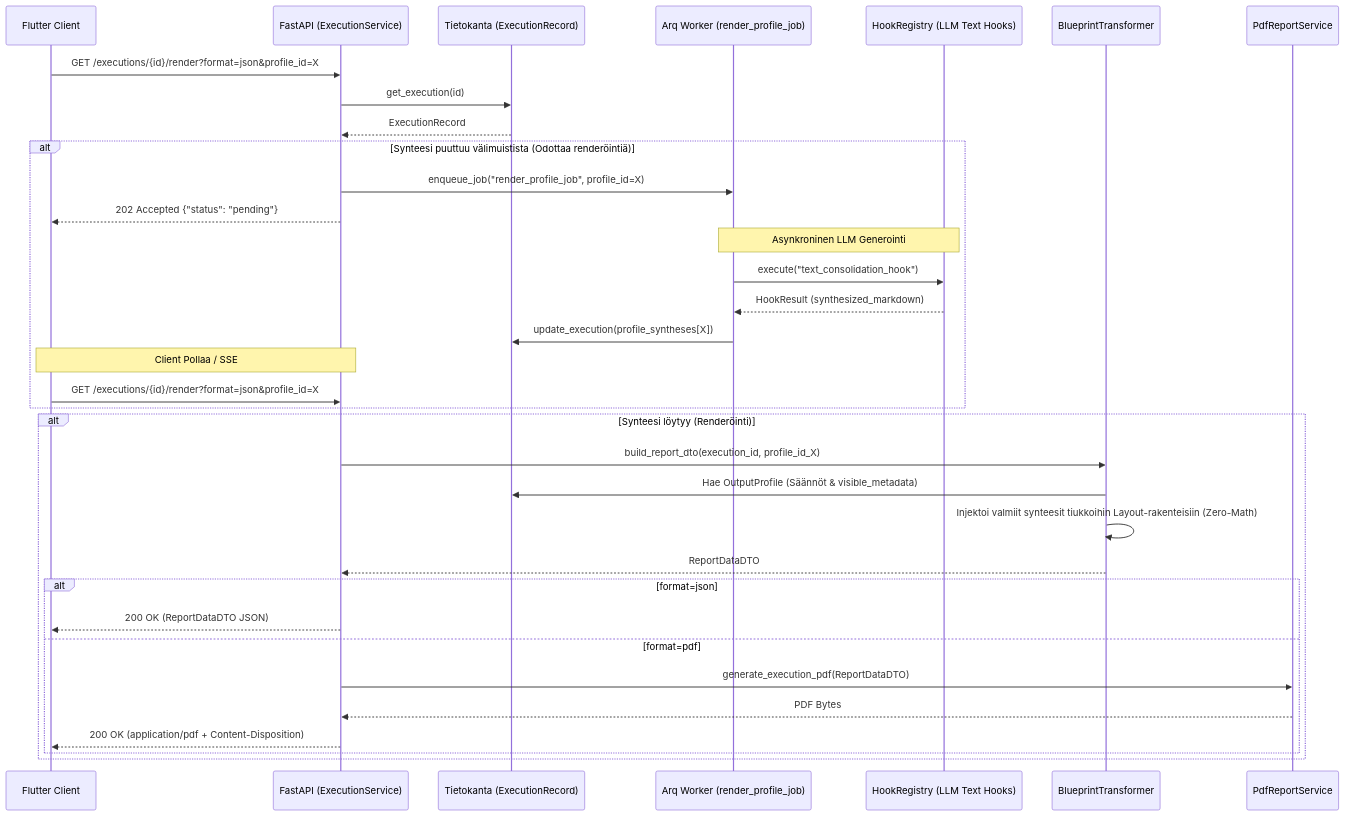
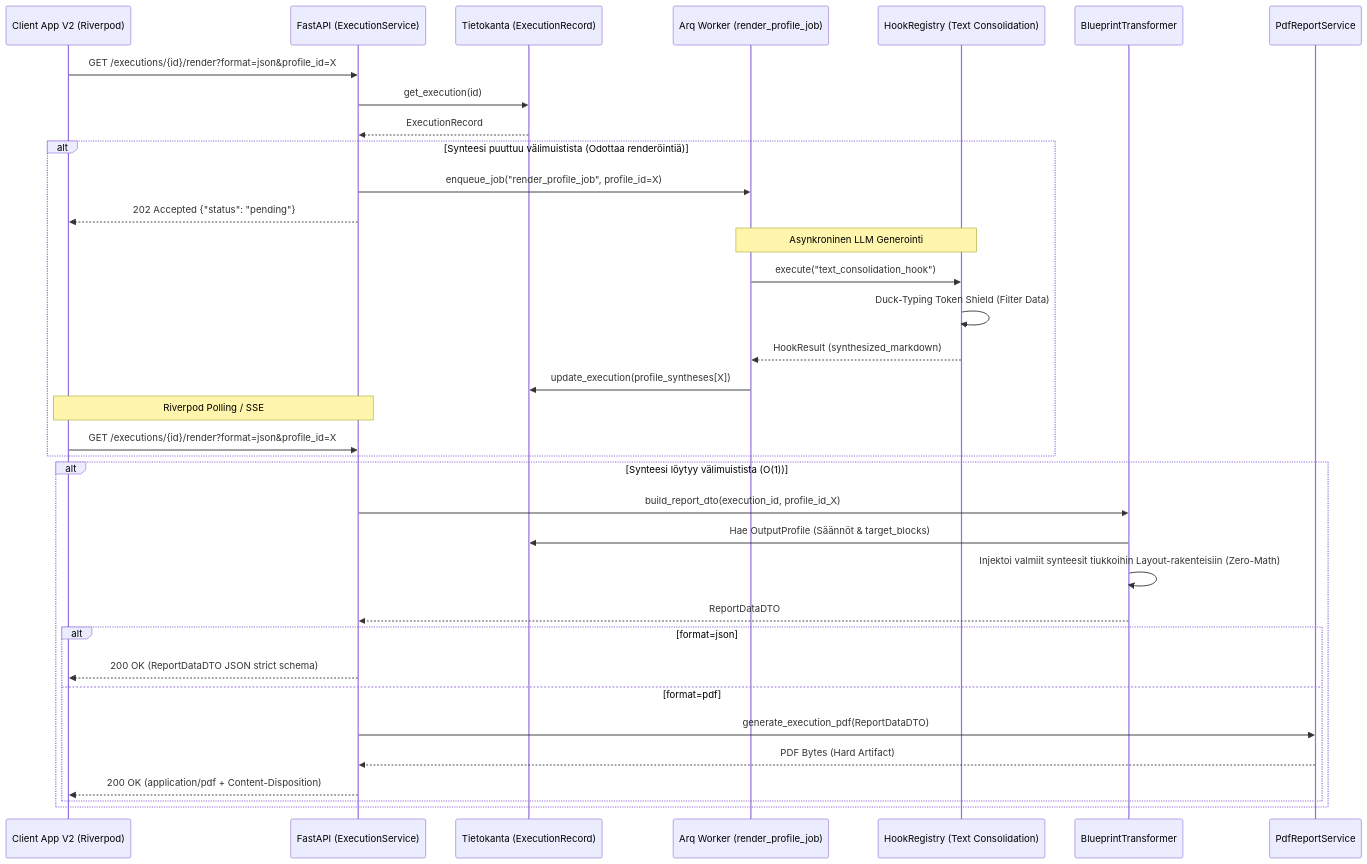
Before and after one commit to launis/quorum: the diagram in docs/architecture/08_dynamic_rendering_engine.md, drawn with Mermaid. The commit also changed other lines of this file and 9 other files, not shown here.

Commit message:
docs: add comprehensive architecture documentation covering dynamic rendering, persistence, and system design principles

````diff
--- a/docs/architecture/08_dynamic_rendering_engine.md
+++ b/docs/architecture/08_dynamic_rendering_engine.md
@@ -27,41 +27,42 @@
 ```mermaid
 sequenceDiagram
-    participant Client as Flutter Client
+    participant Client as Client App V2 (Riverpod)
     participant API as FastAPI (ExecutionService)
     participant Repo as Tietokanta (ExecutionRecord)
     participant Worker as Arq Worker (render_profile_job)
-    participant LLM as HookRegistry (LLM Text Hooks)
+    participant LLM as HookRegistry (Text Consolidation)
     participant BFF as BlueprintTransformer
     participant PDF as PdfReportService
 
     Client->>API: GET /executions/{id}/render?format=json&profile_id=X
     API->>Repo: get_execution(id)
     Repo-->>API: ExecutionRecord
     
     alt Synteesi puuttuu välimuistista (Odottaa renderöintiä)
         API->>Worker: enqueue_job("render_profile_job", profile_id=X)
         API-->>Client: 202 Accepted {"status": "pending"}
         note over Worker,LLM: Asynkroninen LLM Generointi
         Worker->>LLM: execute("text_consolidation_hook")
+        LLM->>LLM: Duck-Typing Token Shield (Filter Data)
         LLM-->>Worker: HookResult (synthesized_markdown)
         Worker->>Repo: update_execution(profile_syntheses[X])
         
-        note over Client,API: Client Pollaa / SSE
+        note over Client,API: Riverpod Polling / SSE
         Client->>API: GET /executions/{id}/render?format=json&profile_id=X
     end
 
-    alt Synteesi löytyy (Renderöinti)
+    alt Synteesi löytyy välimuistista (O(1))
         API->>BFF: build_report_dto(execution_id, profile_id_X)
-        BFF->>Repo: Hae OutputProfile (Säännöt & visible_metadata)
+        BFF->>Repo: Hae OutputProfile (Säännöt & target_blocks)
         BFF->>BFF: Injektoi valmiit synteesit tiukkoihin Layout-rakenteisiin (Zero-Math)
         BFF-->>API: ReportDataDTO
         
         alt format=json
-            API-->>Client: 200 OK (ReportDataDTO JSON)
+            API-->>Client: 200 OK (ReportDataDTO JSON strict schema)
         else format=pdf
             API->>PDF: generate_execution_pdf(ReportDataDTO)
-            PDF-->>API: PDF Bytes
+            PDF-->>API: PDF Bytes (Hard Artifact)
             API-->>Client: 200 OK (application/pdf + Content-Disposition)
         end
     end
 ```
````
